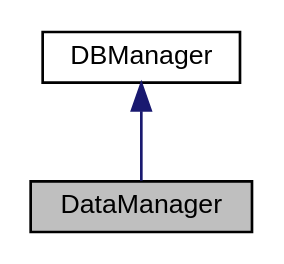
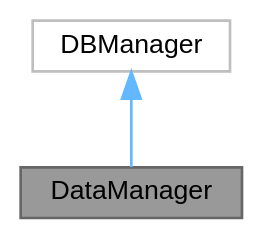
The diagram in classDataManager__coll__graph.dot (DanielaCabiddu/PHREESQL), drawn with Graphviz before and after one commit. The commit also changed 287 other files, not shown here.

```diff
--- a/classDataManager__coll__graph.dot
+++ b/classDataManager__coll__graph.dot
@@ -1,9 +1,10 @@
 digraph "DataManager"
 {
  // LATEX_PDF_SIZE
-  edge [fontname="Helvetica",fontsize="10",labelfontname="Helvetica",labelfontsize="10"];
-  node [fontname="Helvetica",fontsize="10",shape=record];
-  Node1 [label="DataManager",height=0.2,width=0.4,color="black", fillcolor="grey75", style="filled", fontcolor="black",tooltip=" "];
-  Node2 -> Node1 [dir="back",color="midnightblue",fontsize="10",style="solid",fontname="Helvetica"];
-  Node2 [label="DBManager",height=0.2,width=0.4,color="black", fillcolor="white", style="filled",URL="$classDBManager.html",tooltip=" "];
+  bgcolor="transparent";
+  edge [fontname=Helvetica,fontsize=10,labelfontname=Helvetica,labelfontsize=10];
+  node [fontname=Helvetica,fontsize=10,shape=box,height=0.2,width=0.4];
+  Node1 [id="Node000001",label="DataManager",height=0.2,width=0.4,color="gray40", fillcolor="grey60", style="filled", fontcolor="black",tooltip=" "];
+  Node2 -> Node1 [id="edge1_Node000001_Node000002",dir="back",color="steelblue1",style="solid",tooltip=" "];
+  Node2 [id="Node000002",label="DBManager",height=0.2,width=0.4,color="grey75", fillcolor="white", style="filled",URL="$classDBManager.html",tooltip=" "];
 }
```
